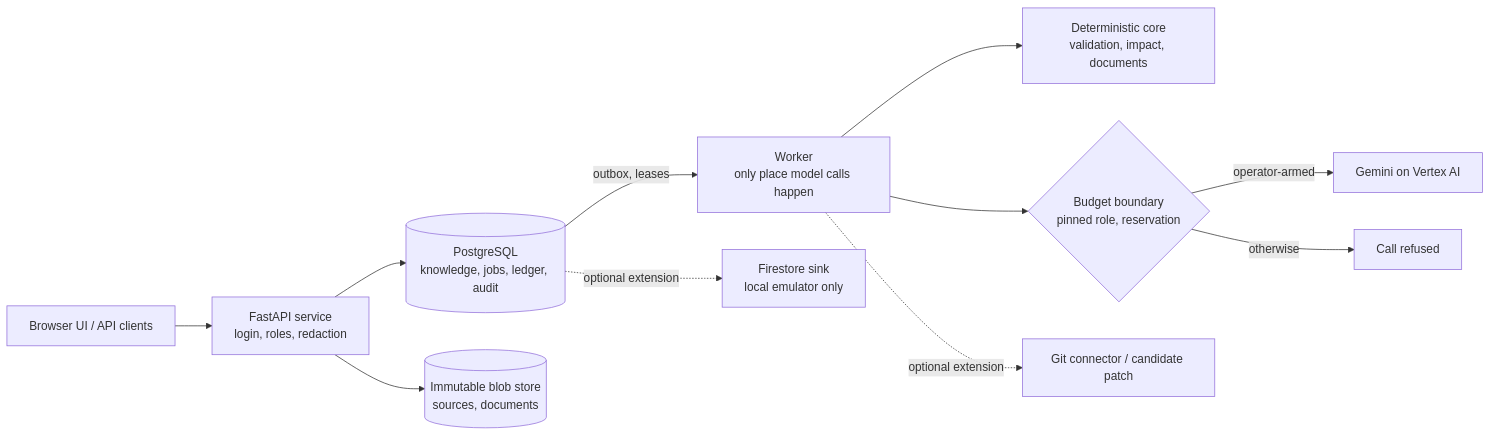
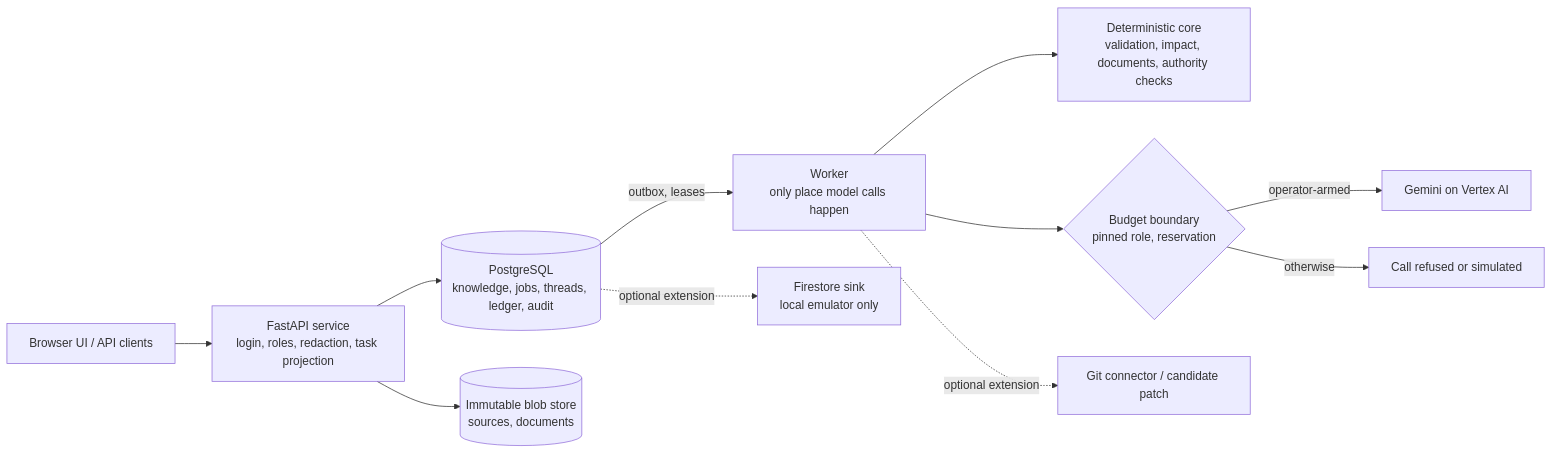
One commit to francisnguyenanh/Ripple-finale changed the second of 2 diagrams in README.md. Above: the diagram before and after it, drawn with Mermaid. The commit also changed other lines of this file and 232 other files, not shown here.

First line of the commit message:
Update to the source snapshot cadf555: request task screens, request assistant with typed authority and citations, interface slices, guided preparation off by default; README and provenance for this preview

````diff
--- a/README.md
+++ b/README.md
@@ -158,13 +210,13 @@
 ```mermaid
 flowchart LR
-  UI["Browser UI / API clients"] --> API["FastAPI service<br/>login, roles, redaction"]
-  API --> DB[("PostgreSQL<br/>knowledge, jobs, ledger, audit")]
+  UI["Browser UI / API clients"] --> API["FastAPI service<br/>login, roles, redaction, task projection"]
+  API --> DB[("PostgreSQL<br/>knowledge, jobs, threads, ledger, audit")]
   API --> BLOB[("Immutable blob store<br/>sources, documents")]
   DB -->|"outbox, leases"| W["Worker<br/>only place model calls happen"]
-  W --> CORE["Deterministic core<br/>validation, impact, documents"]
+  W --> CORE["Deterministic core<br/>validation, impact, documents, authority checks"]
   W --> B{"Budget boundary<br/>pinned role, reservation"}
   B -->|"operator-armed"| M["Gemini on Vertex AI"]
-  B -->|"otherwise"| X["Call refused"]
+  B -->|"otherwise"| X["Call refused or simulated"]
   W -.->|"optional extension"| GIT["Git connector / candidate patch"]
   DB -.->|"optional extension"| FS["Firestore sink<br/>local emulator only"]
 ```
````
